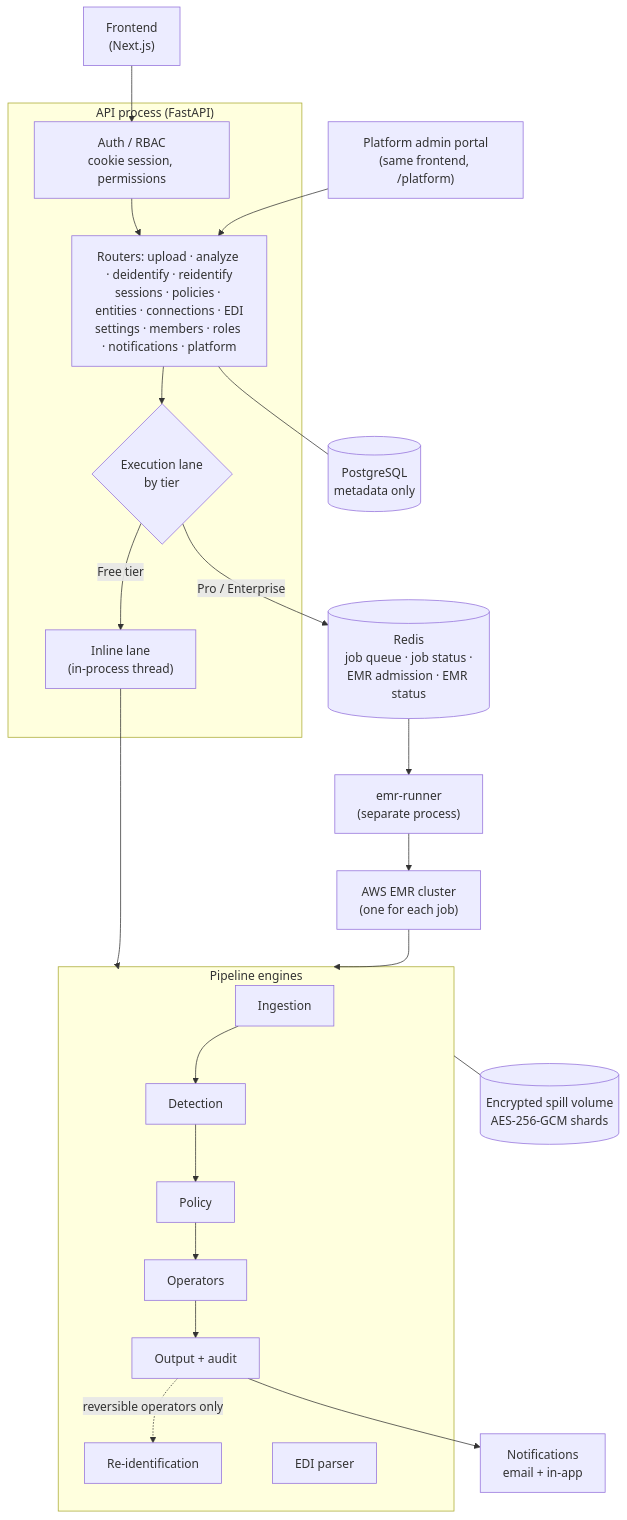
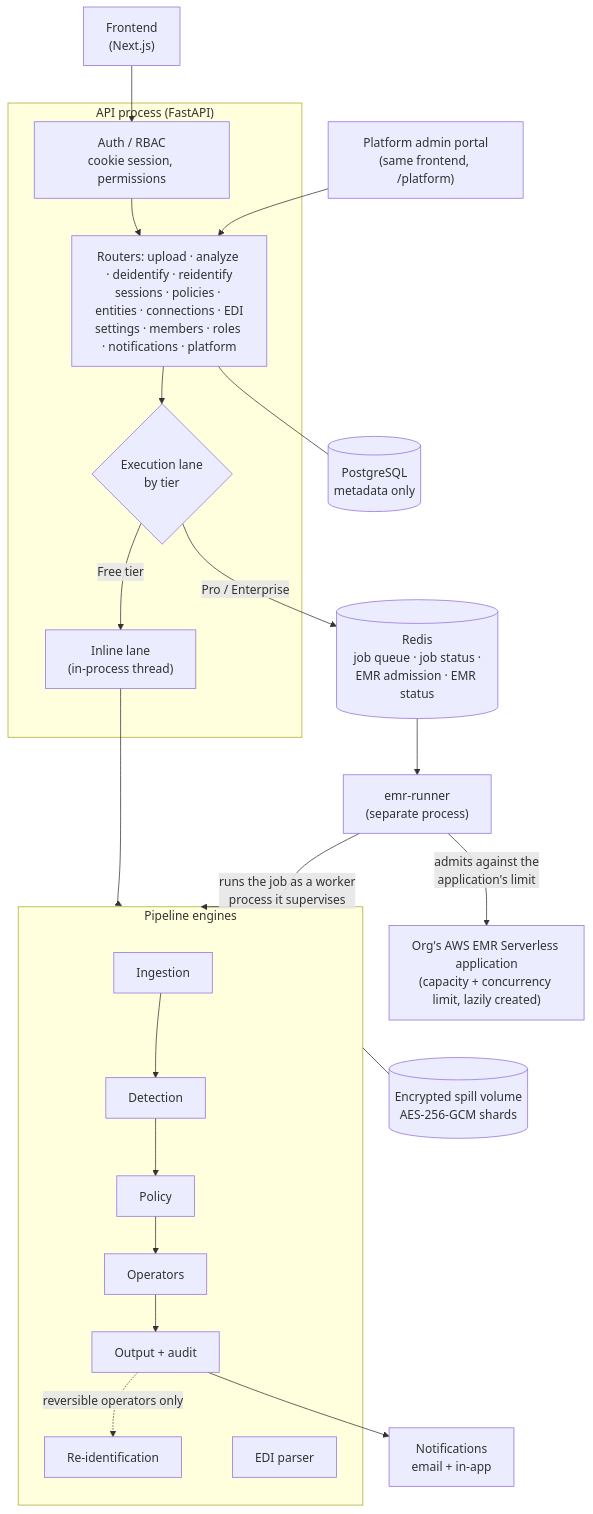
The first of 2 diagrams in docs/architecture/overview.md (DataShield-sp18/data-shield-docs), drawn with Mermaid before and after one commit. The commit also changed other lines of this file and 8 other files, not shown here.

````diff
--- a/docs/architecture/overview.md
+++ b/docs/architecture/overview.md
@@ -5,35 +5,37 @@
 ```mermaid
 flowchart TB
     FE["Frontend<br/>(Next.js)"]
     PFE["Platform admin portal<br/>(same frontend, /platform)"]
 
     subgraph API["API process (FastAPI)"]
         AUTH["Auth / RBAC<br/>cookie session, permissions"]
         ROUTERS["Routers: upload · analyze · deidentify · reidentify<br/>sessions · policies · entities · connections · EDI<br/>settings · members · roles · notifications · platform"]
         LANE{"Execution lane<br/>by tier"}
         INLINE["Inline lane<br/>(in-process thread)"]
     end
 
     subgraph ENGINES["Pipeline engines"]
         ING["Ingestion"] --> DET["Detection"] --> POL["Policy"] --> OPS["Operators"] --> OUT["Output + audit"]
         REID["Re-identification"]
         EDI["EDI parser"]
     end
 
     REDIS[("Redis<br/>job queue · job status ·<br/>EMR admission · EMR status")]
     RUNNER["emr-runner<br/>(separate process)"]
-    EMR["AWS EMR cluster<br/>(one for each job)"]
+    EMR["Org's AWS EMR Serverless application<br/>(capacity + concurrency limit, lazily created)"]
     PG[("PostgreSQL<br/>metadata only")]
     DISK[("Encrypted spill volume<br/>AES-256-GCM shards")]
     NOTIFY["Notifications<br/>email + in-app"]
 
     FE --> AUTH --> ROUTERS
     PFE --> ROUTERS
     ROUTERS --> LANE
     LANE -- "Free tier" --> INLINE --> ENGINES
-    LANE -- "Pro / Enterprise" --> REDIS --> RUNNER --> EMR --> ENGINES
+    LANE -- "Pro / Enterprise" --> REDIS --> RUNNER
+    RUNNER -- "admits against the<br/>application's limit" --> EMR
+    RUNNER -- "runs the job as a worker<br/>process it supervises" --> ENGINES
     ROUTERS --- PG
     ENGINES --- DISK
     OUT --> NOTIFY
     OUT -. "reversible operators only" .-> REID
 ```
````
